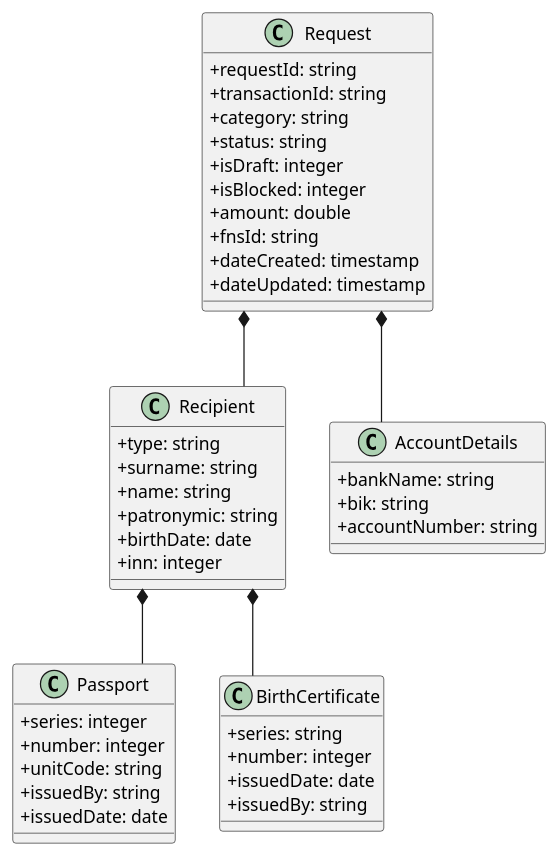
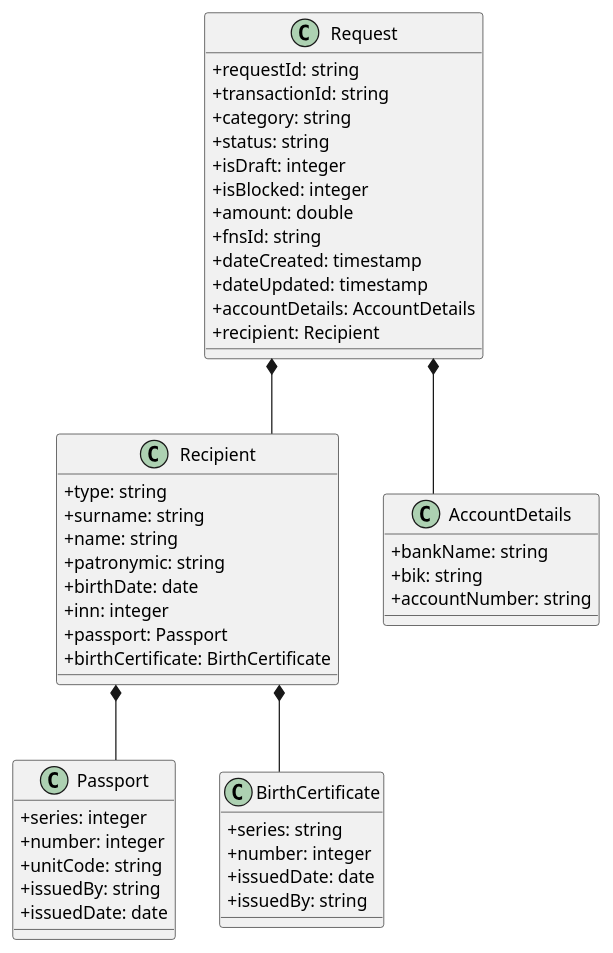
Before and after one commit to malikovav001-maker/nalog: the second of 2 diagrams in Описание баз данных.md, drawn with PlantUML. The commit also changed other lines of this file, not shown here.

````diff
--- a/Описание баз данных.md
+++ b/Описание баз данных.md
@@ -259,55 +258,59 @@
 ```plantuml
 @startuml diagram class
 skinparam linetype ortho
 skinparam classAttributeIconSize 0
 
 class Request {
   + requestId: string
   + transactionId: string
   + category: string
   + status: string
   + isDraft: integer
   + isBlocked: integer 
   + amount: double
   + fnsId: string
   + dateCreated: timestamp
   + dateUpdated: timestamp
+  + accountDetails: AccountDetails
+  + recipient: Recipient
 }
 
 class Recipient {
   + type: string
   + surname: string
   + name: string
   + patronymic: string
   + birthDate: date
   + inn: integer
+  + passport: Passport
+  + birthCertificate: BirthCertificate
 }
 
 class Passport {
   + series: integer
   + number: integer
   + unitCode: string
   + issuedBy: string
   + issuedDate: date
 }
 
 class BirthCertificate {
   + series: string
   + number: integer
   + issuedDate: date
   + issuedBy: string
 }
 
 class AccountDetails {
   + bankName: string
   + bik: string
   + accountNumber: string
 }
 
 Request *-- Recipient
 Request *-- AccountDetails
 Recipient *-- Passport
 Recipient *-- BirthCertificate
 
 @enduml
 ```
````
